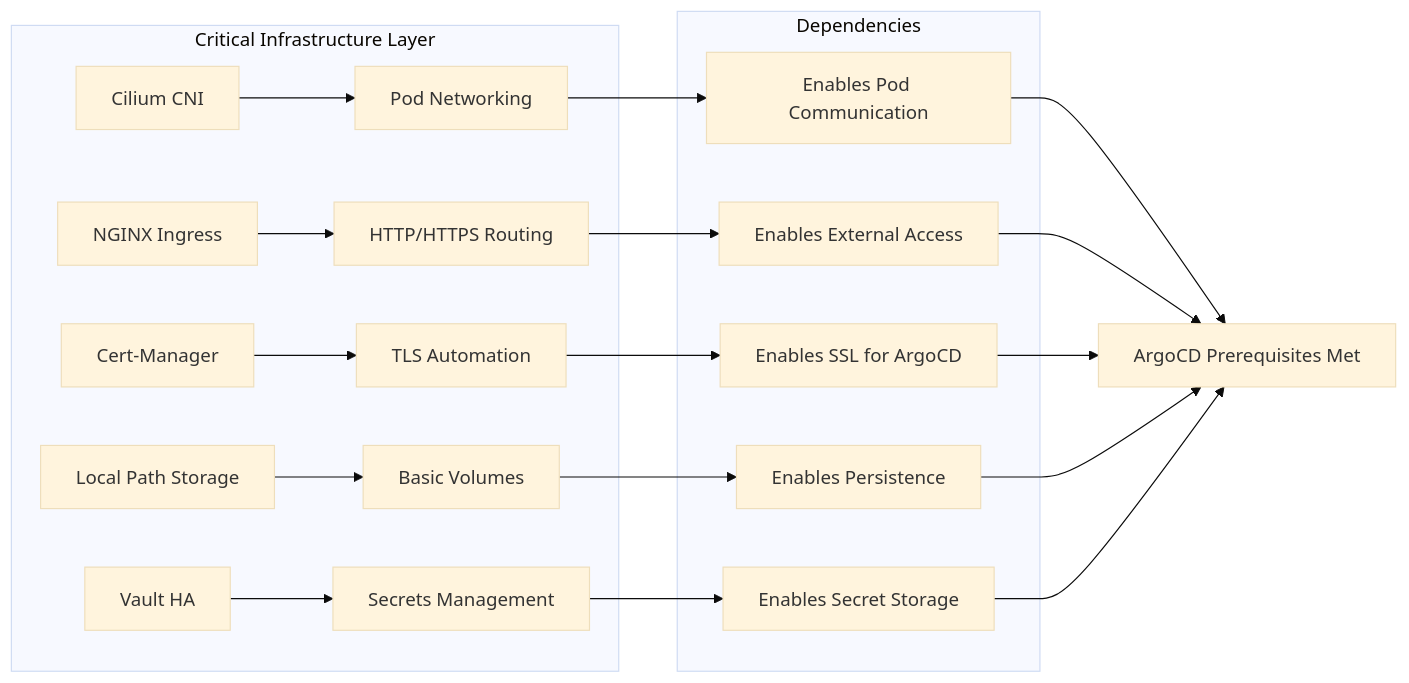
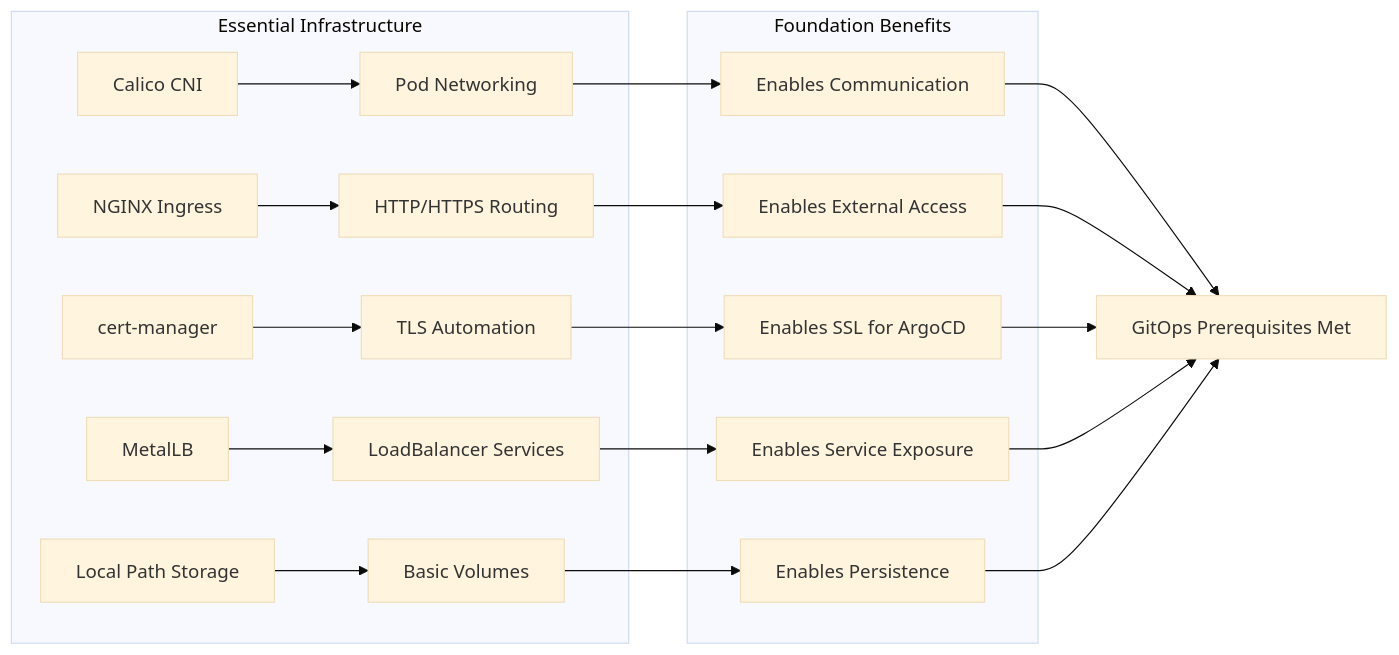
One commit to pnow-devsupreme/pn-infra changed the second of 8 diagrams in v0.2.0/README.md. Above: the diagram before and after it, drawn with Mermaid (base theme). The commit also changed other lines of this file and 99 other files, not shown here.

````diff
--- a/v0.2.0/README.md
+++ b/v0.2.0/README.md
@@ -61,24 +57,24 @@
 ```mermaid
 graph LR
-    subgraph "Critical Infrastructure Layer"
-        A[Cilium CNI] --> B[Pod Networking]
+    subgraph "Essential Infrastructure"
+        A[Calico CNI] --> B[Pod Networking]
         C[NGINX Ingress] --> D[HTTP/HTTPS Routing]
-        E[Cert-Manager] --> F[TLS Automation]
-        G[Local Path Storage] --> H[Basic Volumes]
-        I[Vault HA] --> J[Secrets Management]
+        E[cert-manager] --> F[TLS Automation]
+        G[MetalLB] --> H[LoadBalancer Services]
+        I[Local Path Storage] --> J[Basic Volumes]
     end
     
-    subgraph "Dependencies"
-        B --> K[Enables Pod Communication]
+    subgraph "Foundation Benefits"
+        B --> K[Enables Communication]
         D --> L[Enables External Access]
         F --> M[Enables SSL for ArgoCD]
-        H --> N[Enables Persistence]
-        J --> O[Enables Secret Storage]
+        H --> N[Enables Service Exposure]
+        J --> O[Enables Persistence]
     end
     
-    K --> P[ArgoCD Prerequisites Met]
+    K --> P[GitOps Prerequisites Met]
     L --> P
     M --> P
     N --> P
     O --> P
 ```
````
